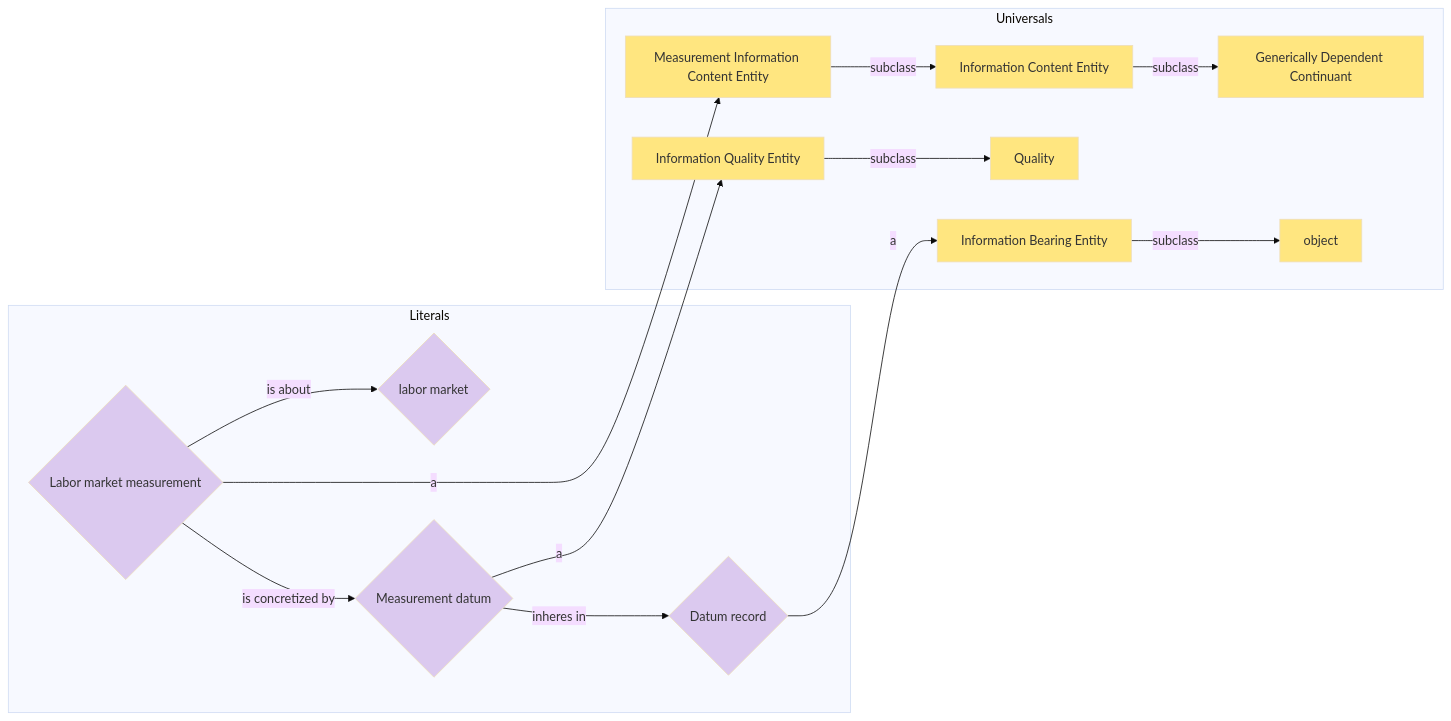
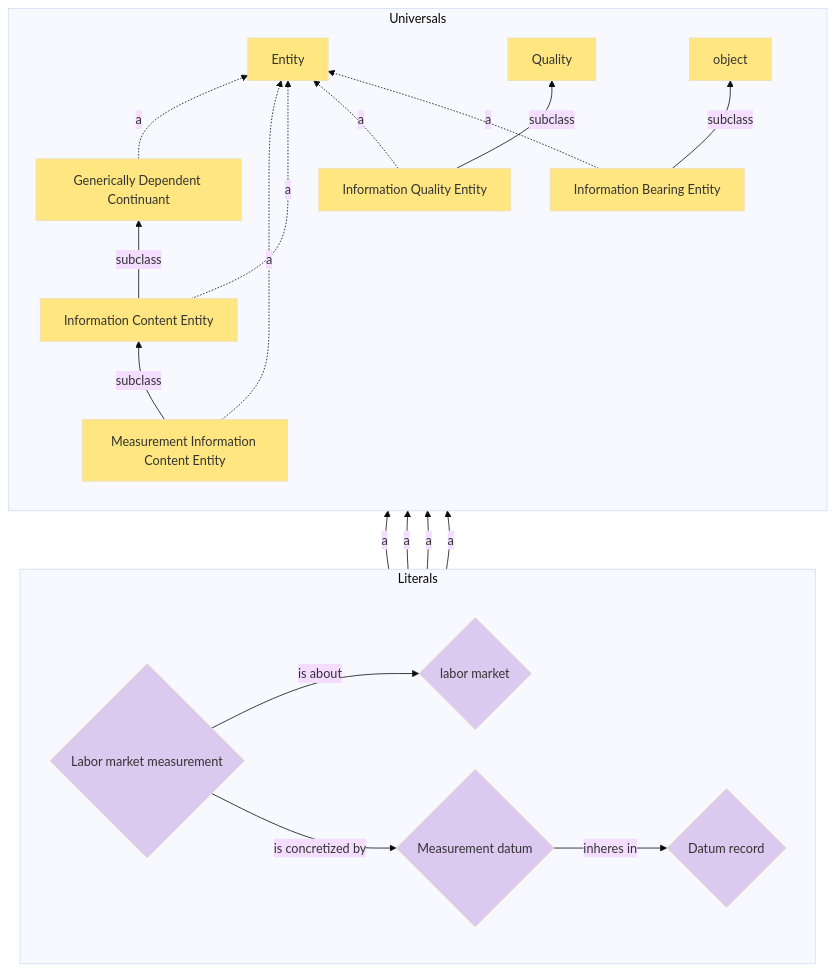
The diagram in labor market measurement.mmd (spdrnl/BFO-Mermaid), drawn with Mermaid (base theme) before and after one commit. The commit also changed other lines of this file, not shown here.

Commit message:
Update labor market measurement.mmd
Added Entity as top level universal to note some things have not been classified as yet.

```diff
--- a/labor market measurement.mmd
+++ b/labor market measurement.mmd
@@ -1,45 +1,55 @@
-graph LR
+graph BT
 
 %% Definitions
 classDef universal fill:#ffe680
 classDef instance fill:#dbc9ef
 classDef literal fill:#ffffff
 
 %% Universals
+ENTITY[Entity]:::universal
 GDC[Generically Dependent Continuant]:::universal
 ICE[Information Content Entity]:::universal
 MICE[Measurement Information Content Entity]:::universal
 Q[Quality]:::universal
 IQE[Information Quality Entity]:::universal
 Object[object]:::universal
 IBE[Information Bearing Entity]:::universal
 
 %% Instances
 lm{labor market}:::instance
 ice1{Labor market measurement}:::instance
 iqe1{Measurement datum}:::instance
 ibe1{Datum record}:::instance
 
 %% Literals
 
 %% Relationships
 
 subgraph Universals
+    direction BT
 	%% rdf:subclass
+	GDC .-> |a| ENTITY
+	MICE .-> |a| ENTITY
+	ICE .-> |a| ENTITY
+	IQE .-> |a| ENTITY
+	IBE .-> |a| ENTITY
+	
 	MICE --> |subclass| ICE
 	ICE --> |subclass| GDC
 	IQE --> |subclass| Q
 	IBE --> |subclass| Object
 end
-	
+
 subgraph Literals
+   direction LR
     %% rdf:type
+    lm --> |a| ENTITY
 	ice1 --> |a| MICE
 	iqe1 --> |a| IQE
 	ibe1 --> |a| IBE
 	
 	%% Other
 	ice1 --> |is about| lm
 	ice1 --> |is concretized by| iqe1
 	iqe1 --> |inheres in| ibe1
 end	  
```
